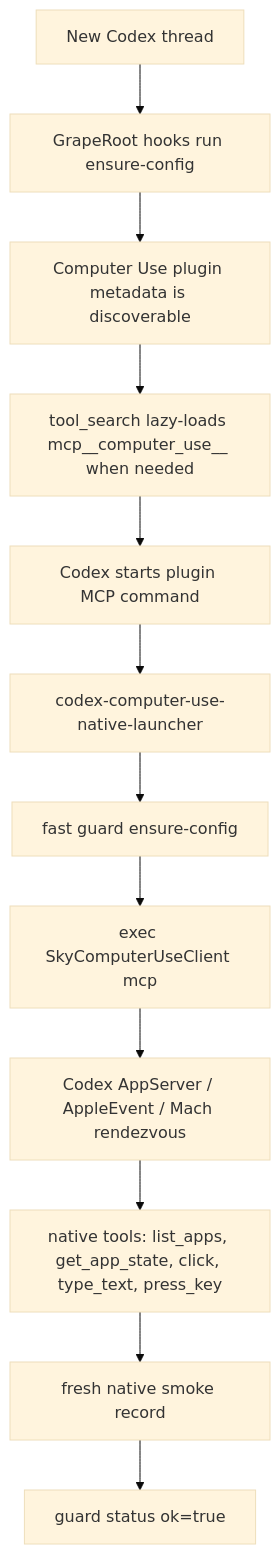
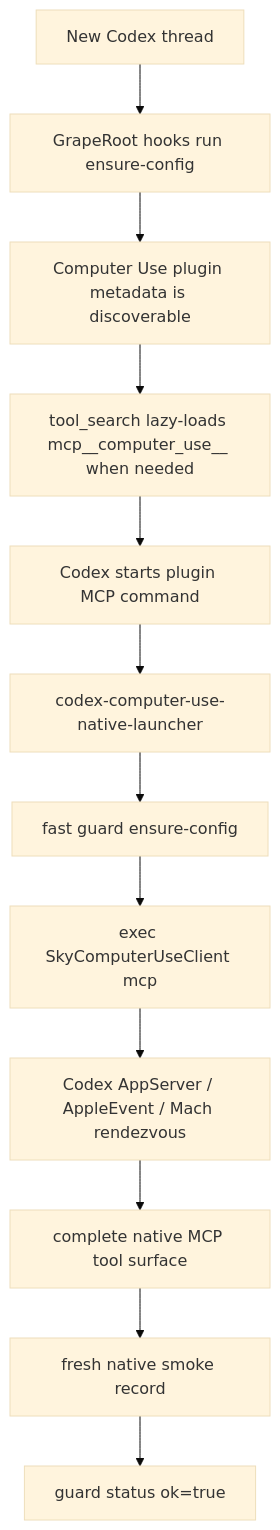
Before and after one commit to DJJetski/codex-computer-use-foundation: the diagram in docs/ARCHITECTURE.md, drawn with Mermaid (base theme). The commit also changed other lines of this file and 17 other files, not shown here.

````diff
--- a/docs/ARCHITECTURE.md
+++ b/docs/ARCHITECTURE.md
@@ -55,14 +63,14 @@
 ```mermaid
 flowchart TD
   A["New Codex thread"] --> B["GrapeRoot hooks run ensure-config"]
   B --> C["Computer Use plugin metadata is discoverable"]
   C --> D["tool_search lazy-loads mcp__computer_use__ when needed"]
   D --> E["Codex starts plugin MCP command"]
   E --> F["codex-computer-use-native-launcher"]
   F --> G["fast guard ensure-config"]
   G --> H["exec SkyComputerUseClient mcp"]
   H --> I["Codex AppServer / AppleEvent / Mach rendezvous"]
-  I --> J["native tools: list_apps, get_app_state, click, type_text, press_key"]
+  I --> J["complete native MCP tool surface"]
   J --> K["fresh native smoke record"]
   K --> L["guard status ok=true"]
 ```
````
